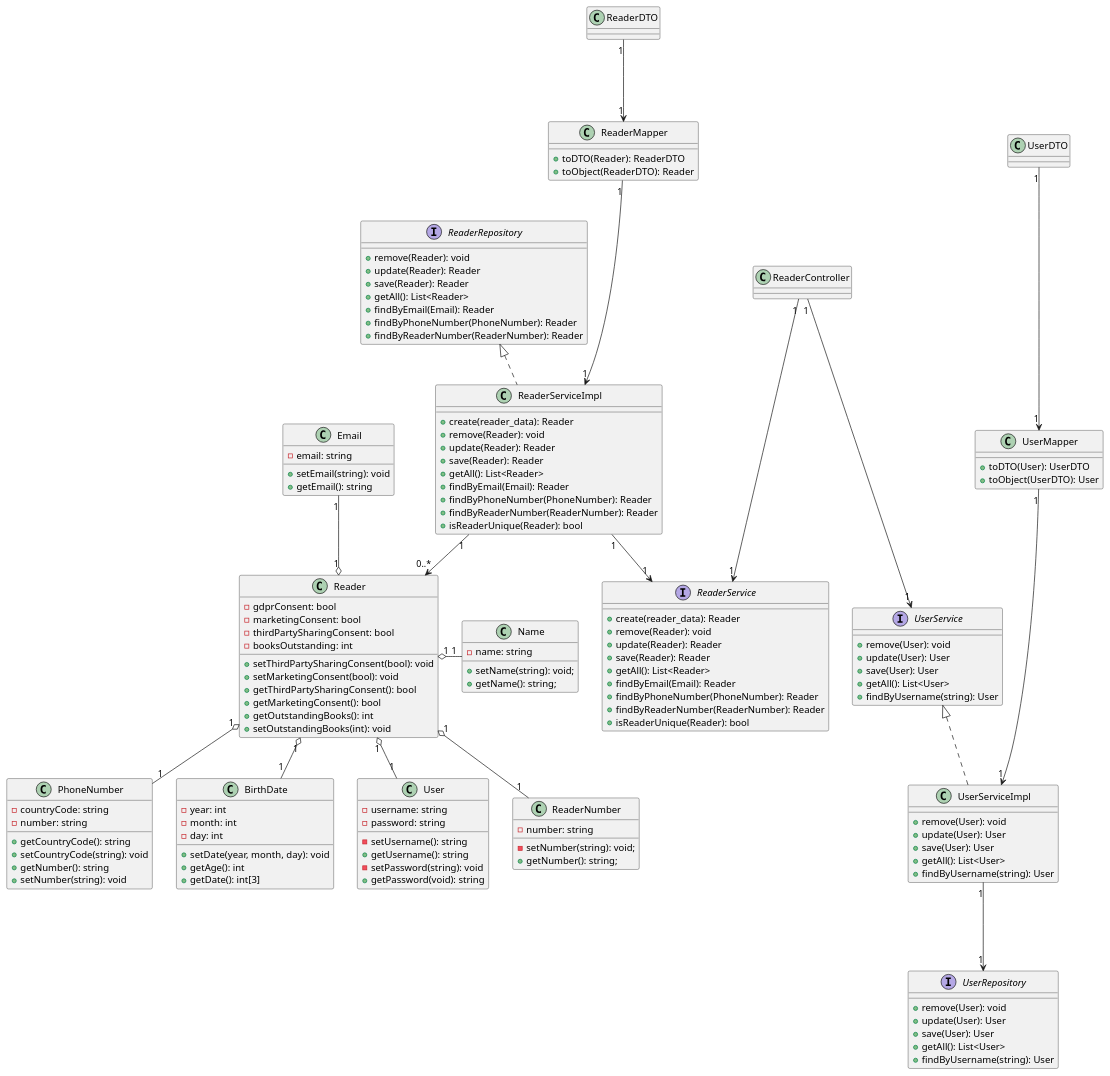
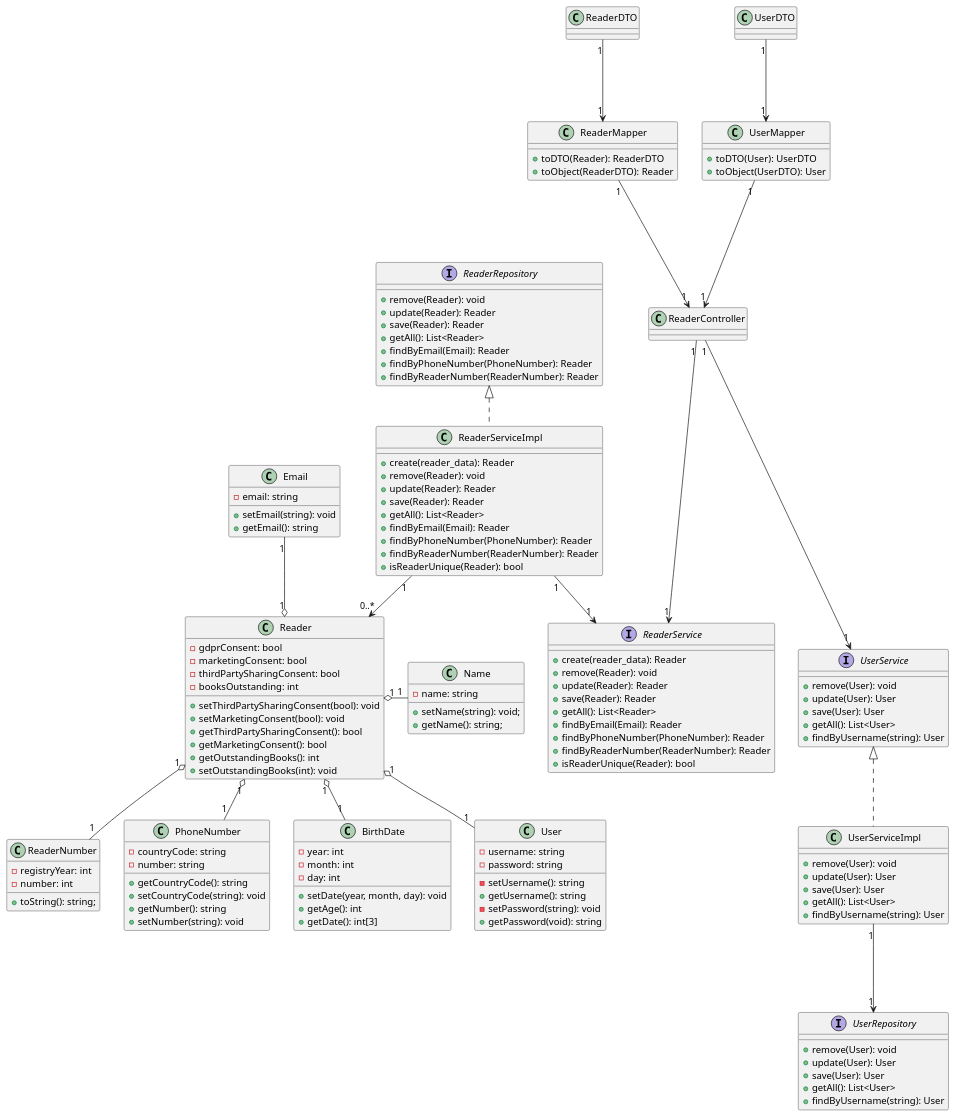
Before and after one commit to rutemf/1220944_1220772_G01: the diagram in Docs/Phase1/WP3A-Readers/WP3A-Readers-CD.puml, drawn with PlantUML. The commit also changed 7 other files, not shown here.

```diff
--- a/Docs/Phase1/WP3A-Readers/WP3A-Readers-CD.puml
+++ b/Docs/Phase1/WP3A-Readers/WP3A-Readers-CD.puml
@@ -1,166 +1,166 @@
 @startuml
 'https://plantuml.com/sequence-diagram
 
 interface ReaderRepository {
     + remove(Reader): void
     + update(Reader): Reader
     + save(Reader): Reader
     + getAll(): List<Reader>
     + findByEmail(Email): Reader
     + findByPhoneNumber(PhoneNumber): Reader
     + findByReaderNumber(ReaderNumber): Reader
 }
 
 /'class ReaderFactory {
     + create: Reader
 }'/
 
 interface ReaderService {
     + create(reader_data): Reader
     + remove(Reader): void
     + update(Reader): Reader
     + save(Reader): Reader
     + getAll(): List<Reader>
     + findByEmail(Email): Reader
     + findByPhoneNumber(PhoneNumber): Reader
     + findByReaderNumber(ReaderNumber): Reader
     + isReaderUnique(Reader): bool
 }
 
 class ReaderServiceImpl implements ReaderRepository {
     + create(reader_data): Reader
     + remove(Reader): void
     + update(Reader): Reader
     + save(Reader): Reader
     + getAll(): List<Reader>
     + findByEmail(Email): Reader
     + findByPhoneNumber(PhoneNumber): Reader
     + findByReaderNumber(ReaderNumber): Reader
     + isReaderUnique(Reader): bool
 }
 
 class ReaderController {
 }
 
 class Reader {
     - gdprConsent: bool
     - marketingConsent: bool
     - thirdPartySharingConsent: bool
     - booksOutstanding: int
     + setThirdPartySharingConsent(bool): void
     + setMarketingConsent(bool): void
     + getThirdPartySharingConsent(): bool
     + getMarketingConsent(): bool
     + getOutstandingBooks(): int
     /'Min: 0 | Max: 3'/
     + setOutstandingBooks(int): void
 }
 
 class Name {
     - name: string
     + setName(string): void;
     + getName(): string;
 }
 
 class ReaderNumber {
-    - number: string
-    - setNumber(string): void;
-    + getNumber(): string;
+    - registryYear: int
+    - number: int
+    + toString(): string;
 }
 
 class Email {
     - email: string
     + setEmail(string): void
     + getEmail(): string
 }
 
 class PhoneNumber {
     - countryCode: string
     - number: string
     + getCountryCode(): string
     + setCountryCode(string): void
     + getNumber(): string
     + setNumber(string): void
 }
 
 class BirthDate {
     - year: int
     - month: int
     - day: int
     + setDate(year, month, day): void
     + getAge(): int
     + getDate(): int[3]
 }
 
 class User {
     - username: string
     /'TODO: Falta obter resposta do prof quando à alteração do username. Para já, fica o método como privado e é chamado unicamente no construtor'/
     - setUsername(): string
     + getUsername(): string
     - password: string
     /'TODO: Falta obter resposta do professor, no moodle, quando à possibilidade da password ser alterada pelo Reader. Método, para já, privado e chamado unicamente no construtor'/
     - setPassword(string): void
     + getPassword(void): string
 }
 
 interface UserRepository {
     + remove(User): void
     + update(User): User
     + save(User): User
     + getAll(): List<User>
     + findByUsername(string): User
 }
 
 interface UserService {
     + remove(User): void
     + update(User): User
     + save(User): User
     + getAll(): List<User>
     + findByUsername(string): User
 }
 
 class UserServiceImpl implements UserService {
     + remove(User): void
     + update(User): User
     + save(User): User
     + getAll(): List<User>
     + findByUsername(string): User
 }
 
 class ReaderMapper {
     + toDTO(Reader): ReaderDTO
     + toObject(ReaderDTO): Reader
 }
 
 class ReaderDTO {}
 
 class UserDTO {}
 
 class UserMapper {
     + toDTO(User): UserDTO
     + toObject(UserDTO): User
 }
 
 UserServiceImpl "1" ---> "1" UserRepository
 ReaderDTO "1" ---> "1" ReaderMapper
 
-ReaderMapper "1" ---> "1" ReaderServiceImpl
+ReaderMapper "1" ---> "1" ReaderController
 
 UserDTO "1" ---> "1" UserMapper
-UserMapper "1" ---> "1" UserServiceImpl
+UserMapper "1" ---> "1" ReaderController
 
 ReaderController "1" ---> "1" ReaderService
 ReaderController "1" ---> "1" UserService
 Reader "1" o-down- "1" User
 Reader "1" o- "1" Name
 Reader "1" o-down- "1" ReaderNumber
 Reader "1" o-up- "1" Email
 Reader "1" o-down- "1" PhoneNumber
 Reader "1" o-down- "1" BirthDate
 'ReaderFactory "1" -> "1" ReaderRepository
 'ReaderService "1" -up-> "1" ReaderFactory
 ReaderServiceImpl "1" --> "0..*" Reader
 ReaderServiceImpl "1" --> "1" ReaderService
 
 
 @enduml
```
